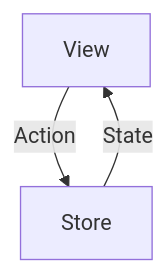
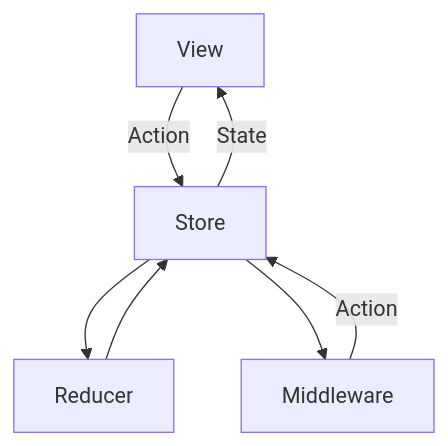
Before and after one commit to ppoza/challenge-meli: the diagram in README.md, drawn with Mermaid. The commit also changed other lines of this file, not shown here.

````diff
--- a/README.md
+++ b/README.md
@@ -16,5 +15,9 @@
 ```mermaid
 graph TD;
     View--Action-->Store;
-    Store--State-->View;    
+    Store--State-->View;
+    Store-->Reducer;
+    Reducer-->Store;
+    Store-->Middleware;
+    Middleware--Action-->Store
 ```
````
